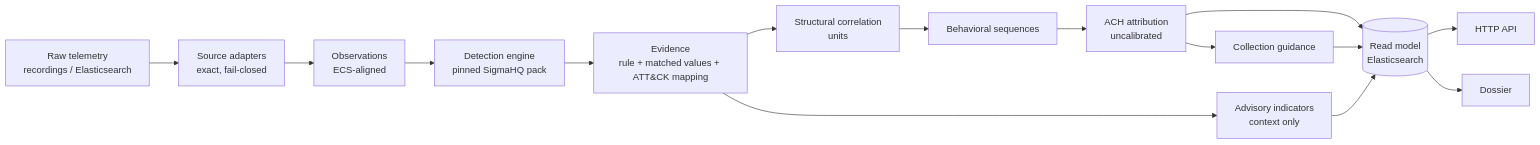
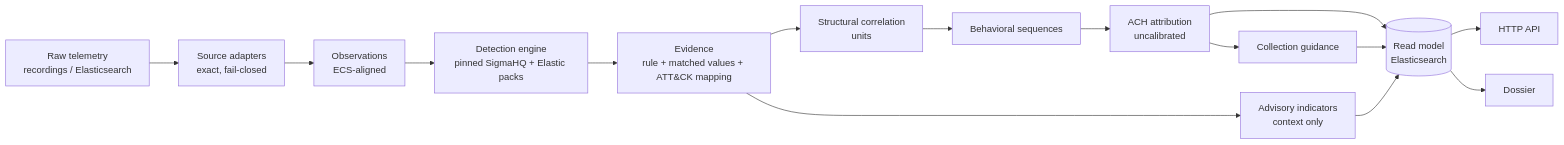
The diagram in README.md (aaditripi18/soc-apt-attribution-platform), drawn with Mermaid before and after one commit. The commit also changed other lines of this file and 37 other files, not shown here.

First line of the commit message:
feat(detection): Elastic prebuilt rules as a second content source (ADR-0015)

````diff
--- a/README.md
+++ b/README.md
@@ -41,14 +41,14 @@
 ```mermaid
 flowchart LR
     R[Raw telemetry<br/>recordings / Elasticsearch] --> A[Source adapters<br/>exact, fail-closed]
     A --> O[Observations<br/>ECS-aligned]
-    O --> D[Detection engine<br/>pinned SigmaHQ pack]
+    O --> D[Detection engine<br/>pinned SigmaHQ + Elastic packs]
     D --> E[Evidence<br/>rule + matched values + ATT&CK mapping]
     E --> C[Structural correlation<br/>units]
     C --> S[Behavioral sequences]
     S --> H[ACH attribution<br/>uncalibrated]
     H --> G[Collection guidance]
     E --> I[Advisory indicators<br/>context only]
     H & G & I --> RM[(Read model<br/>Elasticsearch)]
     RM --> API[HTTP API] & DOS[Dossier]
 ```
````
